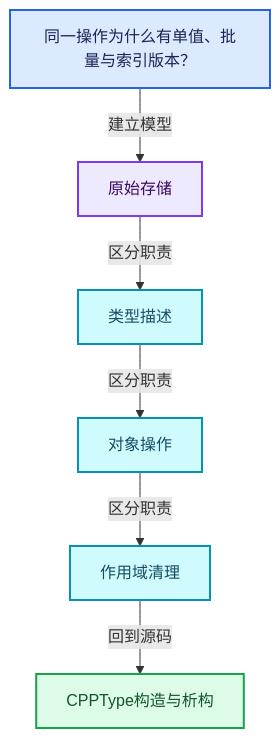
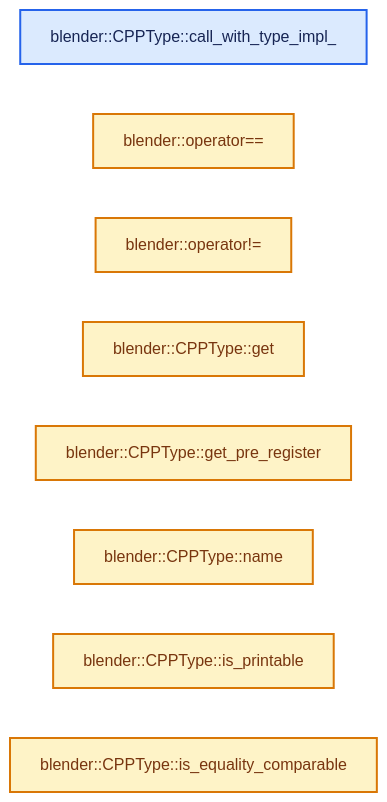
The second of 4 diagrams in 杂/markdown/全面学习-codex/03-内存分配与运行时类型/08-CPPType构造与析构.md (yunkezengren/blender-.vscode), drawn with Mermaid before and after one commit. The commit also changed other lines of this file and 1930 other files, not shown here.

````diff
--- a/杂/markdown/全面学习-codex/03-内存分配与运行时类型/08-CPPType构造与析构.md
+++ b/杂/markdown/全面学习-codex/03-内存分配与运行时类型/08-CPPType构造与析构.md
@@ -60,20 +46,17 @@
 ```mermaid
-flowchart TB
-  Q["同一操作为什么有单值、批量与索引版本？"]:::input
-  C0["原始存储"]:::abstraction
-  C1["类型描述"]:::data
-  C2["对象操作"]:::data
-  C3["作用域清理"]:::data
-  R["CPPType构造与析构"]:::result
-  Q -->|"建立模型"| C0
-  C0 -->|"区分职责"| C1
-  C1 -->|"区分职责"| C2
-  C2 -->|"区分职责"| C3
-  C3 -->|"回到源码"| R
+flowchart LR
+  F0["blender::CPPType::call_with_type_impl_"]:::input
+  F1["blender::operator=="]:::compute
+  F2["blender::operator!="]:::compute
+  F3["blender::CPPType::get"]:::compute
+  F4["blender::CPPType::get_pre_register"]:::compute
+  F5["blender::CPPType::name"]:::compute
+  F6["blender::CPPType::is_printable"]:::compute
+  F7["blender::CPPType::is_equality_comparable"]:::compute
   classDef input fill:#DBEAFE,stroke:#2563EB,color:#172554,stroke-width:2px;
   classDef data fill:#CFFAFE,stroke:#0891B2,color:#164E63,stroke-width:2px;
   classDef abstraction fill:#EDE9FE,stroke:#7C3AED,color:#3B0764,stroke-width:2px;
   classDef compute fill:#FEF3C7,stroke:#D97706,color:#78350F,stroke-width:2px;
   classDef result fill:#DCFCE7,stroke:#16A34A,color:#14532D,stroke-width:2px;
   classDef error fill:#FEE2E2,stroke:#DC2626,color:#7F1D1D,stroke-width:2px;
 ```
````
